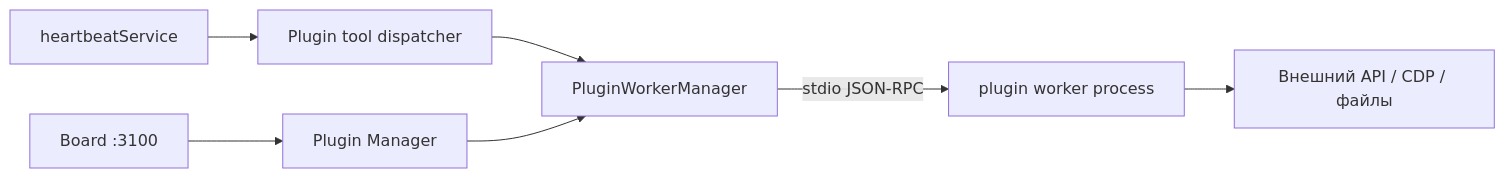
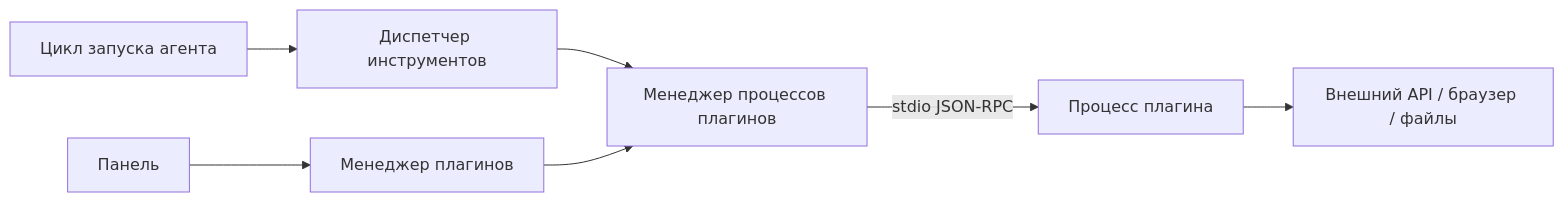
One commit to Dmitriion/datagent-docs changed the diagram in docs/tutorials/build-plugin.md. Above: the diagram before and after it, drawn with Mermaid. The commit also changed other lines of this file and 52 other files, not shown here.

````diff
--- a/docs/tutorials/build-plugin.md
+++ b/docs/tutorials/build-plugin.md
@@ -23,9 +33,9 @@
 ```mermaid
 flowchart LR
-  HB[heartbeatService] --> TD[Plugin tool dispatcher]
-  TD --> PWM[PluginWorkerManager]
-  PWM -->|stdio JSON-RPC| W[plugin worker process]
-  W --> API[Внешний API / CDP / файлы]
-  Board[Board :3100] --> PM[Plugin Manager]
+  HB[Цикл запуска агента] --> TD[Диспетчер инструментов]
+  TD --> PWM[Менеджер процессов плагинов]
+  PWM -->|stdio JSON-RPC| W[Процесс плагина]
+  W --> API[Внешний API / браузер / файлы]
+  Panel[Панель] --> PM[Менеджер плагинов]
   PM --> PWM
 ```
````
